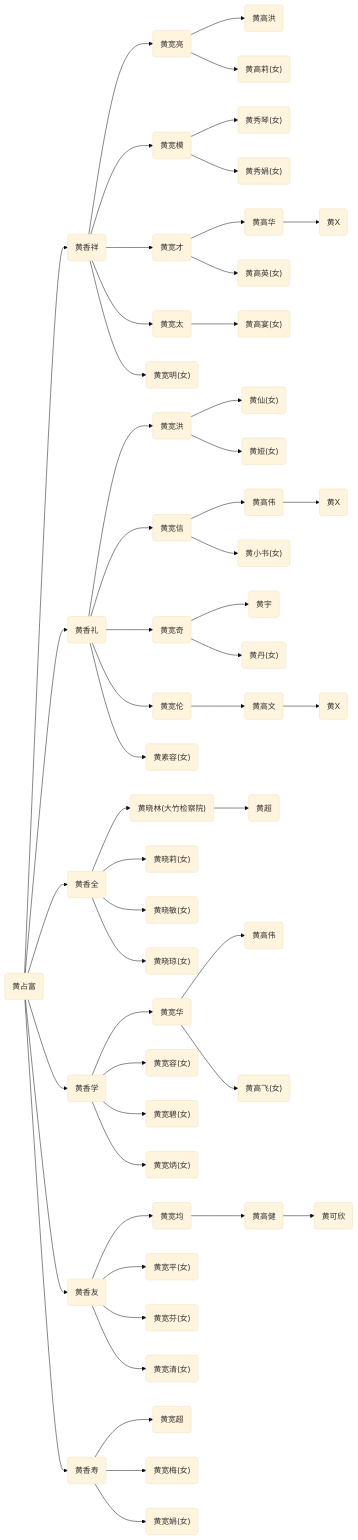
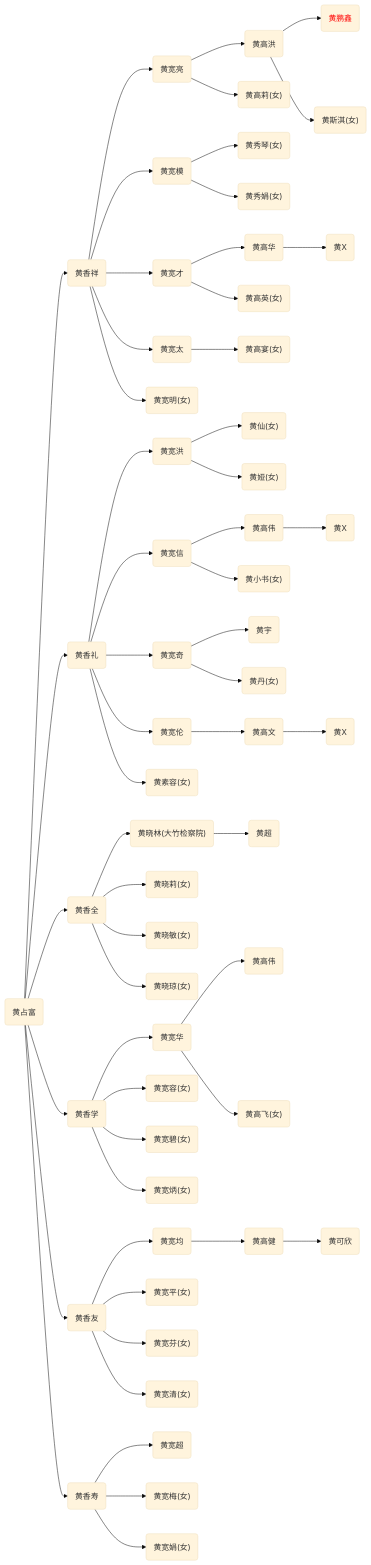
Before and after one commit to jeanim/jiapu: the fourth of 6 diagrams in contents/chapter3.md, drawn with Mermaid (base theme). The commit also changed other lines of this file and 2 other files, not shown here.

```diff
--- a/contents/chapter3.md
+++ b/contents/chapter3.md
@@ -327,56 +327,58 @@
 {% mermaid %}
 graph LR;
   huangzhanfu("黄占富")-->huangxiangxiang("黄香祥");
   huangxiangxiang("黄香祥")-->huangkuanliang("黄宽亮");
   huangkuanliang("黄宽亮")-->huanggaohong("黄高洪");
+  huanggaohong("黄高洪")-->huangpengxin("<font color="red">黄鹏鑫</font>");
+  huanggaohong("黄高洪")-->huangsiqi("黄斯淇(女)");
   huangkuanliang("黄宽亮")-->huanggaoli("黄高莉(女)");
   huangxiangxiang("黄香祥")-->huangkuanmo("黄宽模");
   huangkuanmo("黄宽模")-->huangxiuqin("黄秀琴(女)");
   huangkuanmo("黄宽模")-->huangxiujuan("黄秀娟(女)");
   huangxiangxiang("黄香祥")-->huangkuancai("黄宽才");
   huangkuancai("黄宽才")-->huanggaohua("黄高华");
   huanggaohua("黄高华")-->huangx("黄X");
   huangkuancai("黄宽才")-->huanggaoying("黄高英(女)");
   huangxiangxiang("黄香祥")-->huangkuantai("黄宽太");
   huangkuantai("黄宽太")-->huanggaoyan("黄高宴(女)");
   huangxiangxiang("黄香祥")-->huangkuanming("黄宽明(女)");
   huangzhanfu("黄占富")-->huangxiangli("黄香礼");
   huangxiangli("黄香礼")-->huangkuanhong("黄宽洪");
   huangkuanhong("黄宽洪")-->huangxian("黄仙(女)");
   huangkuanhong("黄宽洪")-->huangya("黄娅(女)");
   huangxiangli("黄香礼")-->huangkuanxin("黄宽信");
   huangkuanxin("黄宽信")-->huanggaowei("黄高伟");
   huanggaowei("黄高伟")-->huangx2("黄X");
   huangkuanxin("黄宽信")-->huangxiaoshu("黄小书(女)");
   huangxiangli("黄香礼")-->huangkuanqi("黄宽奇");
   huangkuanqi("黄宽奇")-->huangyu("黄宇");
   huangkuanqi("黄宽奇")-->huangdan("黄丹(女)");
   huangxiangli("黄香礼")-->huangkuanlun("黄宽伦");
   huangkuanlun("黄宽伦")-->huanggaowen("黄高文");
   huanggaowen("黄高文")-->huangx3("黄X");
   huangxiangli("黄香礼")-->huangsurong("黄素容(女)");
   huangzhanfu("黄占富")-->huangxiangquan("黄香全");
   huangxiangquan("黄香全")-->huagnxiaolin("黄晓林(大竹检察院)");
   huagnxiaolin("黄晓林(大竹检察院)")-->huangchao("黄超");
   huangxiangquan("黄香全")-->huagnxiaoli("黄晓莉(女)");
   huangxiangquan("黄香全")-->huagnxiaomin("黄晓敏(女)");
   huangxiangquan("黄香全")-->huagnxiaoqiong("黄晓琼(女)");
   huangzhanfu("黄占富")-->huangxiangxue("黄香学");
   huangxiangxue("黄香学")-->huangkuanhua("黄宽华");
   huangkuanhua("黄宽华")-->huanggaowei2("黄高伟");
   huangkuanhua("黄宽华")-->huanggaofei("黄高飞(女)");
   huangxiangxue("黄香学")-->huangkuanrong("黄宽容(女)");
   huangxiangxue("黄香学")-->huangkuanbi("黄宽碧(女)");
   huangxiangxue("黄香学")-->huangkuanbing("黄宽炳(女)");
   huangzhanfu("黄占富")-->huangxiangyou("黄香友");
   huangxiangyou("黄香友")-->huangkuanjun("黄宽均");
   huangkuanjun("黄宽均")-->huanggaojian("黄高健");
   huanggaojian("黄高健")-->huangkexin("黄可欣");
   huangxiangyou("黄香友")-->huangkuanping("黄宽平(女)");
   huangxiangyou("黄香友")-->huangkuanfen("黄宽芬(女)");
   huangxiangyou("黄香友")-->huangkuanqing("黄宽清(女)");
   huangzhanfu("黄占富")-->huangxiangshou("黄香寿");
   huangxiangshou("黄香寿")-->huangkuanchao("黄宽超");
   huangxiangshou("黄香寿")-->huangkuanmei("黄宽梅(女)");
   huangxiangshou("黄香寿")-->huangkuanjuan("黄宽娟(女)");
 {% endmermaid %}
```
